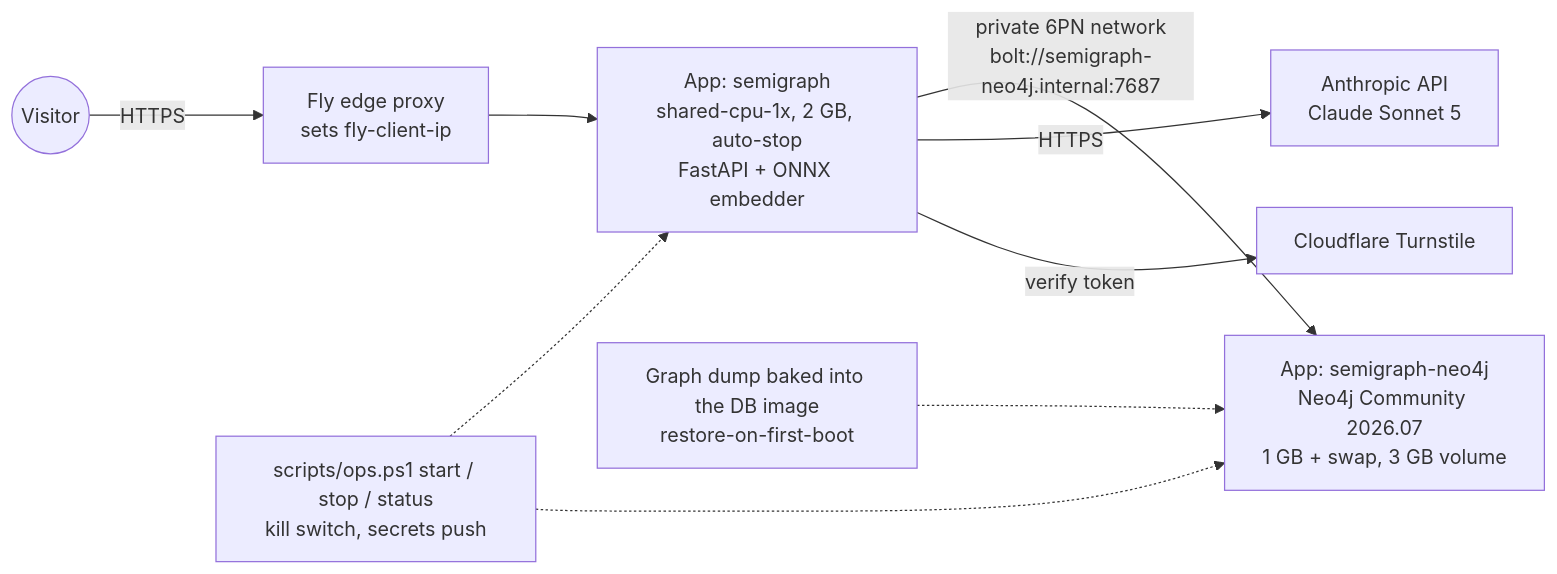
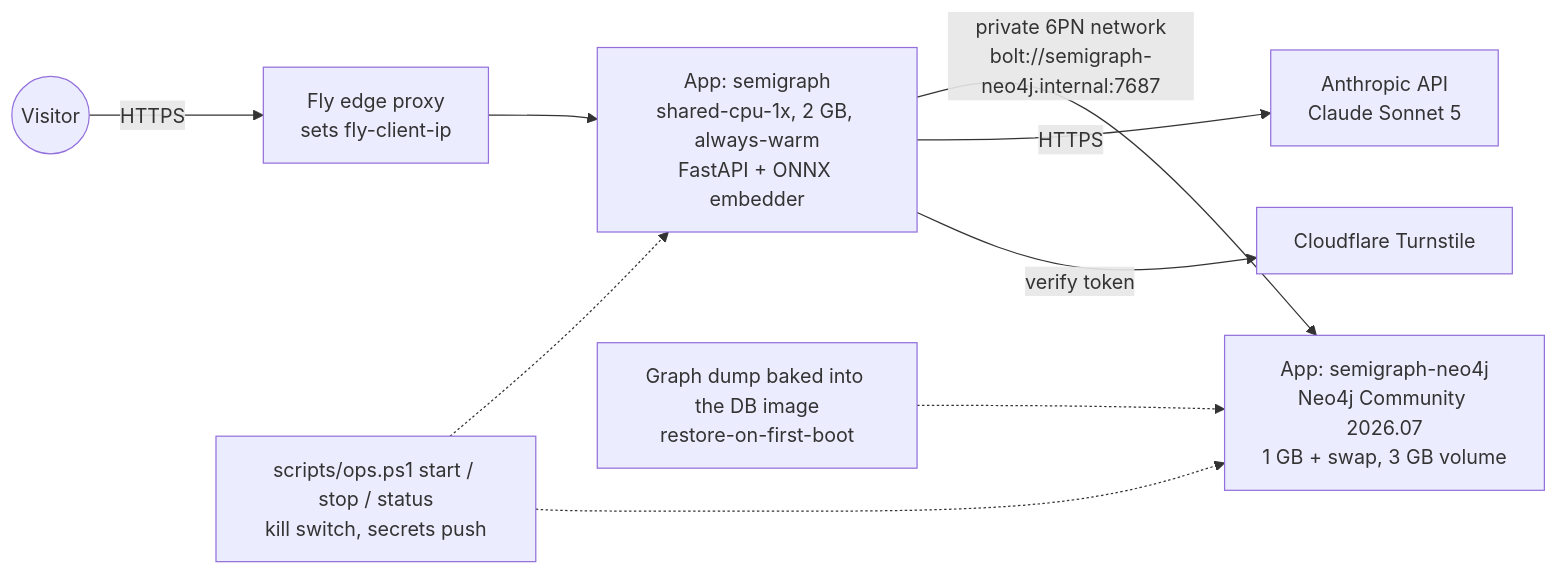
One commit to amit-badave-04/ai-semiconductor-risk-intelligence-graphrag changed the third of 3 diagrams in README.md. Above: the diagram before and after it, drawn with Mermaid. The commit also changed other lines of this file and 5 other files, not shown here.

First line of the commit message:
fix(serve): Turnstile widget never initialised; API machine always-warm

````diff
--- a/README.md
+++ b/README.md
@@ -203,11 +203,11 @@
 ```mermaid
 flowchart LR
     Visitor((Visitor)) -->|HTTPS| Edge["Fly edge proxy<br/>sets fly-client-ip"]
-    Edge --> API["App: semigraph<br/>shared-cpu-1x, 2 GB, auto-stop<br/>FastAPI + ONNX embedder"]
+    Edge --> API["App: semigraph<br/>shared-cpu-1x, 2 GB, always-warm<br/>FastAPI + ONNX embedder"]
     API -->|"private 6PN network<br/>bolt://semigraph-neo4j.internal:7687"| NEO["App: semigraph-neo4j<br/>Neo4j Community 2026.07<br/>1 GB + swap, 3 GB volume"]
     API -->|HTTPS| Claude["Anthropic API<br/>Claude Sonnet 5"]
     API -->|verify token| TS["Cloudflare Turnstile"]
     Seed["Graph dump baked into the DB image<br/>restore-on-first-boot"] -.-> NEO
     Ops["scripts/ops.ps1 start / stop / status<br/>kill switch, secrets push"] -.-> API
     Ops -.-> NEO
 ```
````
